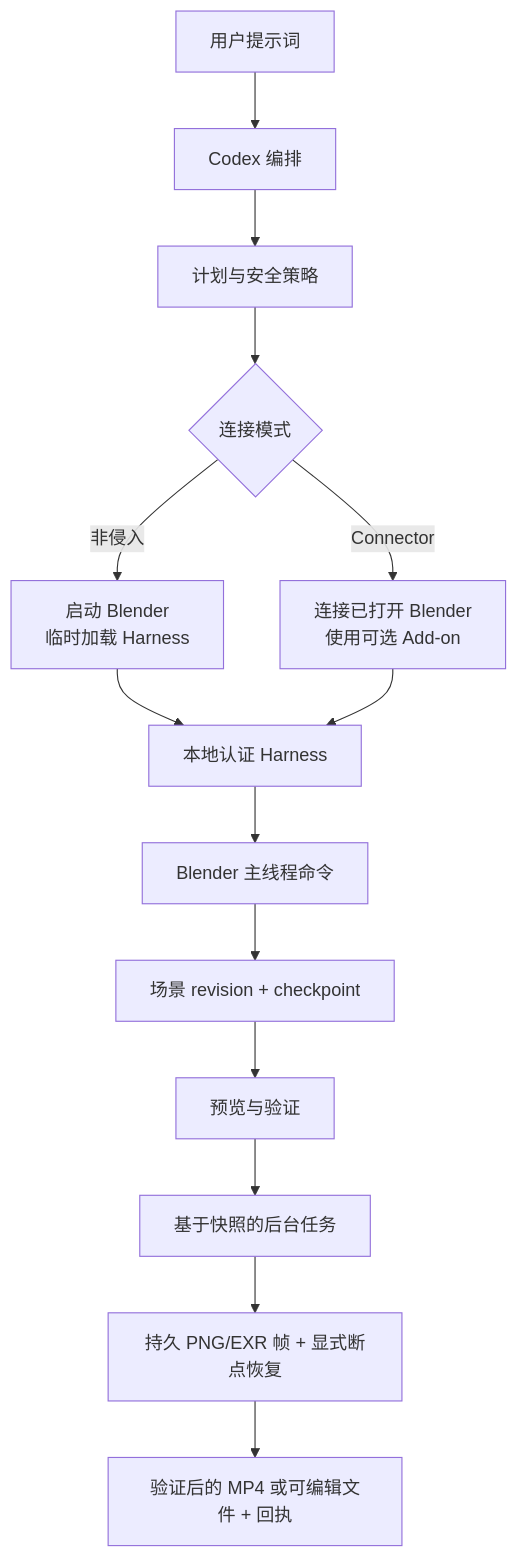
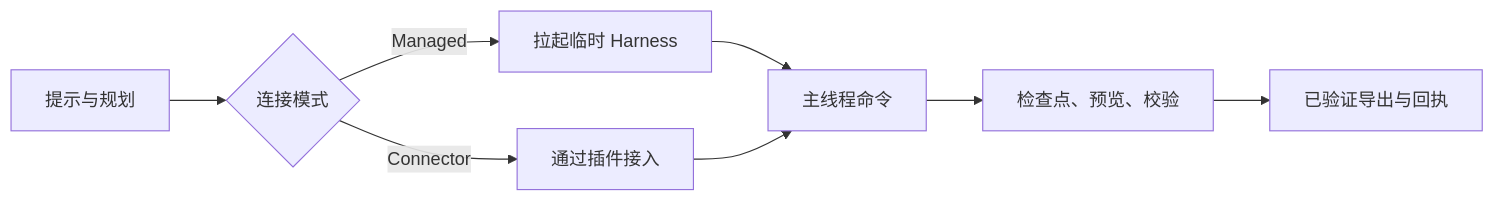
The diagram in README.zh-CN.md (full-aigc-plugins/blender-design-plugin), drawn with Mermaid before and after one commit. The commit also changed other lines of this file and 3 other files, not shown here.

````diff
--- a/README.zh-CN.md
+++ b/README.zh-CN.md
@@ -124,16 +48,10 @@
 ```mermaid
-flowchart TB
-    U[用户提示词] --> C[Codex 编排]
-    C --> P[计划与安全策略]
-    P --> M{连接模式}
-    M -->|非侵入| MB[启动 Blender<br/>临时加载 Harness]
-    M -->|Connector| CB[连接已打开 Blender<br/>使用可选 Add-on]
-    MB --> H[本地认证 Harness]
-    CB --> H
-    H --> T[Blender 主线程命令]
-    T --> S[场景 revision + checkpoint]
-    S --> V[预览与验证]
-    V --> J[基于快照的后台任务]
-    J --> Q[持久 PNG/EXR 帧 + 显式断点恢复]
-    Q --> R[验证后的 MP4 或可编辑文件 + 回执]
+flowchart LR
+    A[提示与规划] --> B{连接模式}
+    B -->|Managed| C[拉起临时 Harness]
+    B -->|Connector| D[通过插件接入]
+    C --> E[主线程命令]
+    D --> E
+    E --> F[检查点、预览、校验]
+    F --> G[已验证导出与回执]
 ```
````
